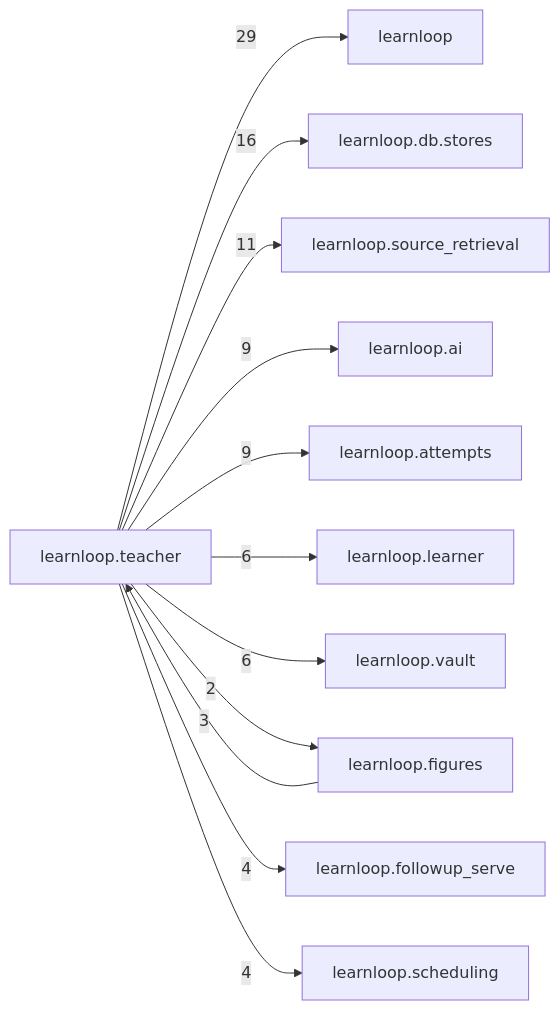
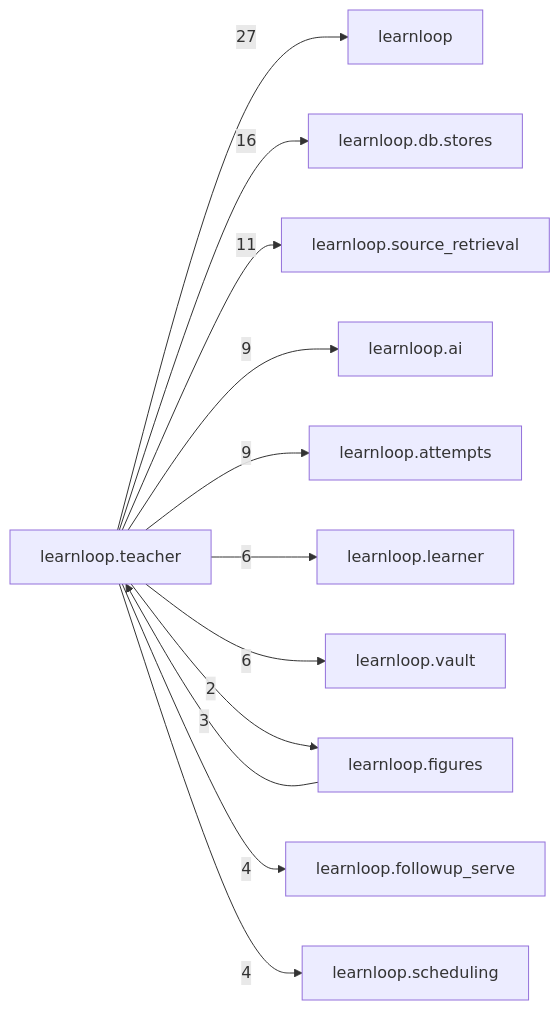
The diagram in docs/learnloop-architecture-vault/Reference/Modules/learnloop/teacher/_package.md (6up-b/learnanything), drawn with Mermaid before and after one commit. The commit also changed other lines of this file and 88 other files, not shown here.

````diff
--- a/docs/learnloop-architecture-vault/Reference/Modules/learnloop/teacher/_package.md
+++ b/docs/learnloop-architecture-vault/Reference/Modules/learnloop/teacher/_package.md
@@ -123,25 +123,25 @@
 ```mermaid
 flowchart LR
     center["learnloop.teacher"]
     n_learnloop["learnloop"]
     n_learnloop_db_stores["learnloop.db.stores"]
     n_learnloop_source_retrieval["learnloop.source_retrieval"]
     n_learnloop_ai["learnloop.ai"]
     n_learnloop_attempts["learnloop.attempts"]
     n_learnloop_learner["learnloop.learner"]
     n_learnloop_vault["learnloop.vault"]
     n_learnloop_figures["learnloop.figures"]
     n_learnloop_followup_serve["learnloop.followup_serve"]
     n_learnloop_scheduling["learnloop.scheduling"]
-    center -->|29| n_learnloop
+    center -->|27| n_learnloop
     center -->|16| n_learnloop_db_stores
     center -->|11| n_learnloop_source_retrieval
     center -->|9| n_learnloop_ai
     center -->|9| n_learnloop_attempts
     center -->|6| n_learnloop_learner
     center -->|6| n_learnloop_vault
     n_learnloop_figures -->|3| center
     center -->|2| n_learnloop_figures
     center -->|4| n_learnloop_followup_serve
     center -->|4| n_learnloop_scheduling
 ```
````
